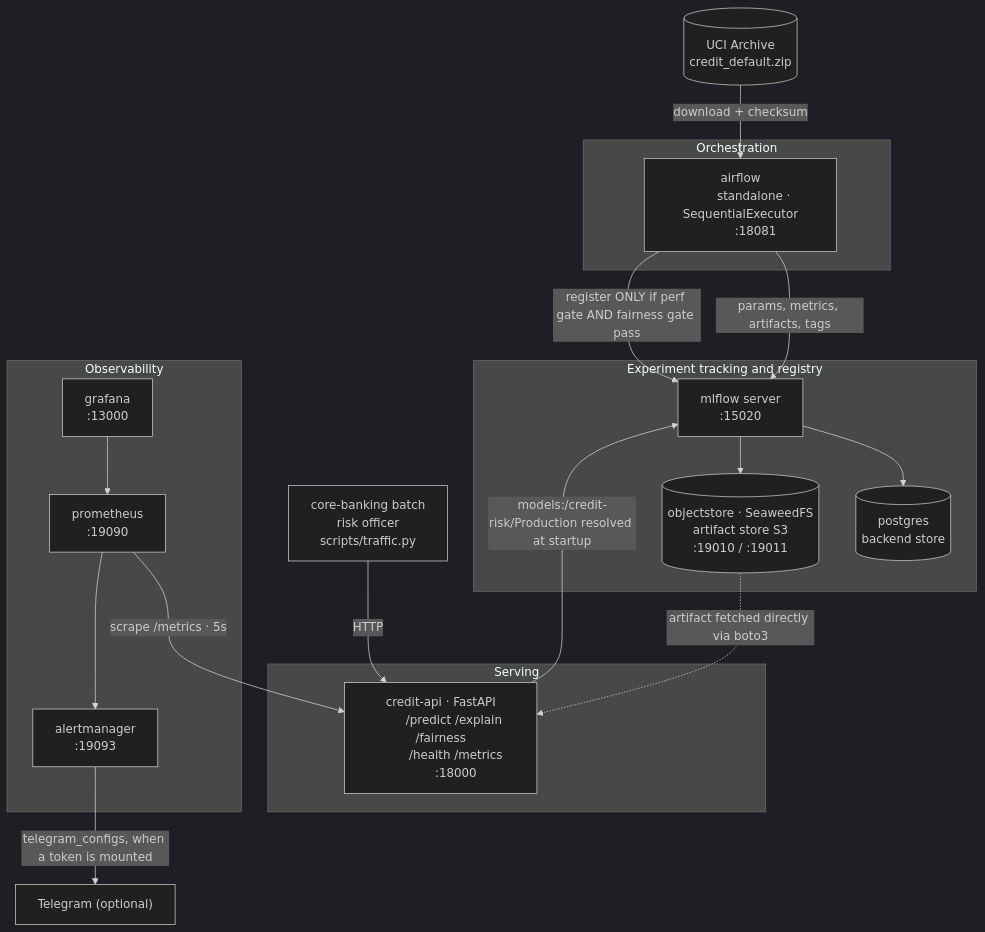
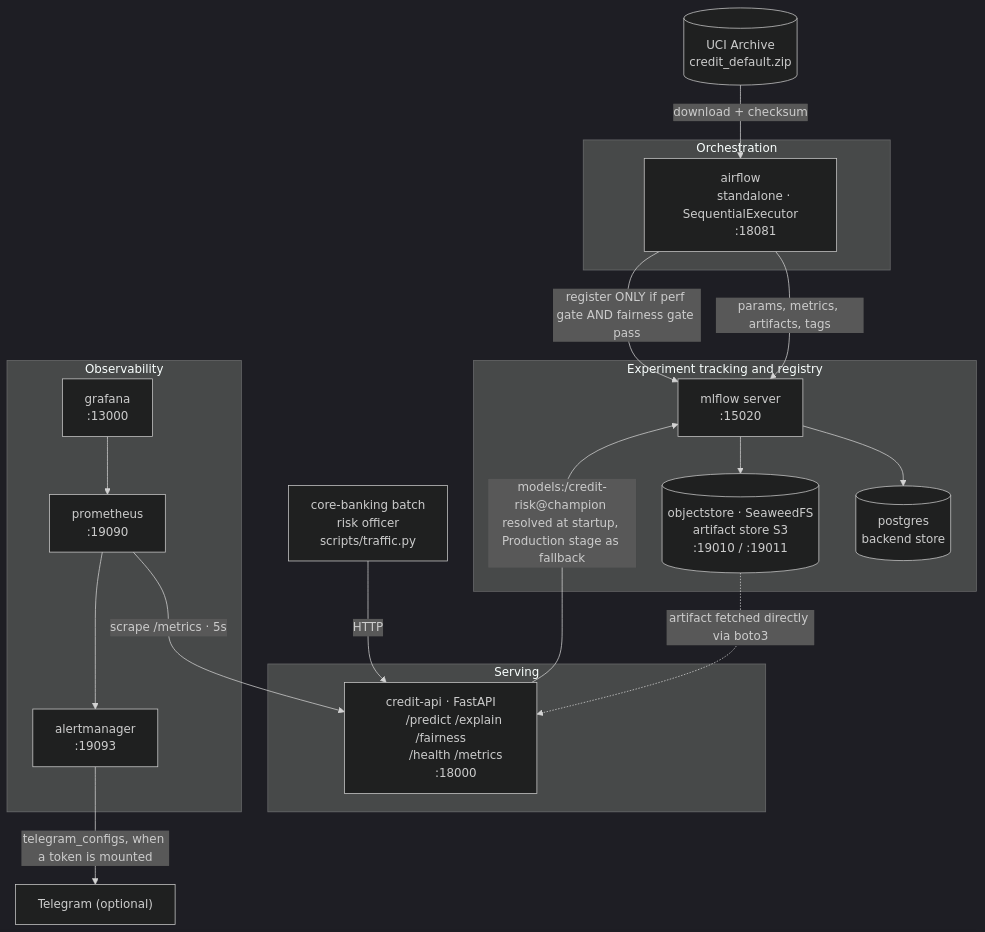
The first of 3 diagrams in ARCHITECTURE.md (maxnguyen83/credit-risk-mlops), drawn with Mermaid (dark theme) before and after one commit. The commit also changed other lines of this file, not shown here.

First line of the commit message:
docs(architecture): D8 and section 6 check the champion alias, not Production

````diff
--- a/ARCHITECTURE.md
+++ b/ARCHITECTURE.md
@@ -44,54 +44,54 @@
 ```mermaid
 flowchart TB
     UCI[("UCI Archive
     credit_default.zip")]
 
     subgraph ORCH["Orchestration"]
         AF["airflow
         standalone · SequentialExecutor
         :18081"]
     end
 
     subgraph TRACK["Experiment tracking and registry"]
         MLF["mlflow server
         :15020"]
         PG[("postgres
         backend store")]
         MIO[("objectstore · SeaweedFS
         artifact store S3
         :19010 / :19011")]
     end
 
     subgraph SERVE["Serving"]
         API["credit-api · FastAPI
         /predict /explain /fairness
         /health /metrics
         :18000"]
     end
 
     subgraph OBS["Observability"]
         PROM["prometheus
         :19090"]
         AM["alertmanager
         :19093"]
         GRAF["grafana
         :13000"]
     end
 
     CLIENT["core-banking batch
     risk officer
     scripts/traffic.py"]
 
     UCI -->|"download + checksum"| AF
     AF -->|"params, metrics, artifacts, tags"| MLF
     MLF --> PG
     MLF --> MIO
     AF -->|"register ONLY if perf gate AND fairness gate pass"| MLF
-    API -->|"models:/credit-risk/Production resolved at startup"| MLF
+    API -->|"models:/credit-risk@champion resolved at startup, Production stage as fallback"| MLF
     MIO -.->|"artifact fetched directly via boto3"| API
     CLIENT -->|HTTP| API
     PROM -->|"scrape /metrics · 5s"| API
     PROM --> AM
     AM -->|"telegram_configs, when a token is mounted"| TG["Telegram (optional)"]
     GRAF --> PROM
 ```
````
